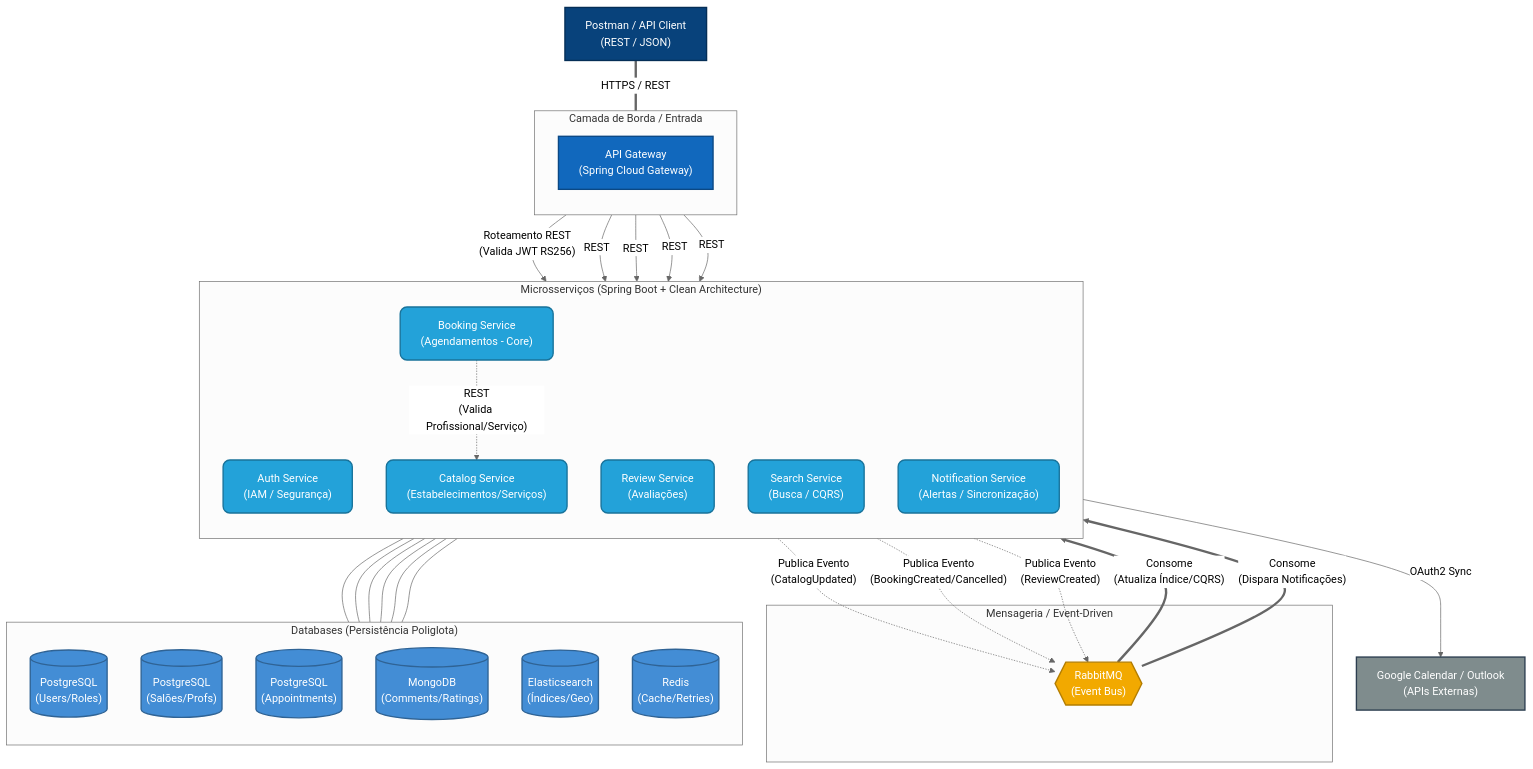
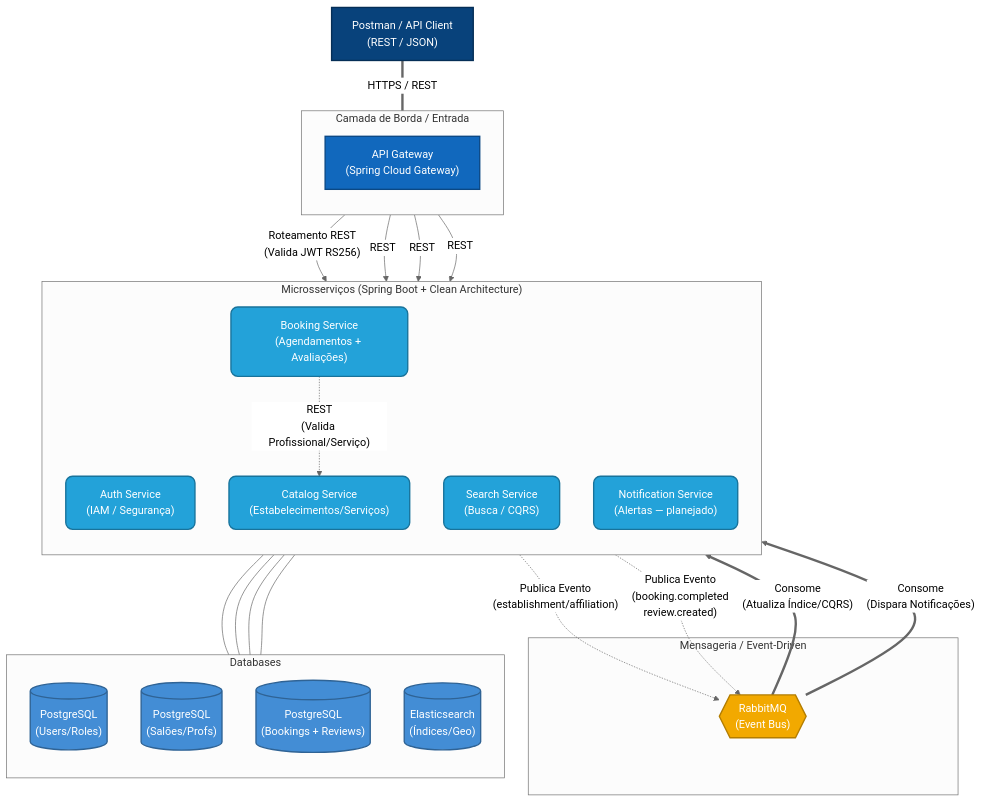
One commit to gustavoleite/booking-hub changed the diagram in README.md. Above: the diagram before and after it, drawn with Mermaid (neutral theme). The commit also changed other lines of this file and 102 other files, not shown here.

Commit message:
refactor: move review logic to booking service

````diff
--- a/README.md
+++ b/README.md
@@ -26,74 +26,63 @@
 ```mermaid
 flowchart TB
     %% Estilos visuais
     classDef user fill:#08427b,stroke:#052e56,color:#fff,stroke-width:2px
     classDef gateway fill:#1168bd,stroke:#0b4884,color:#fff,stroke-width:2px
     classDef service fill:#23a2d9,stroke:#18739b,color:#fff,stroke-width:2px,rx:10,ry:10
     classDef db fill:#438dd5,stroke:#2f6395,color:#fff,stroke-width:2px
     classDef broker fill:#f2a900,stroke:#b37d00,color:#fff,stroke-width:2px
     classDef external fill:#7f8c8d,stroke:#2c3e50,color:#fff,stroke-width:2px
 
     %% Atores
     Client["Postman / API Client\n(REST / JSON)"]:::user
 
     %% Camada de Borda
     subgraph Edge["Camada de Borda / Entrada"]
         direction TB
         GW["API Gateway\n(Spring Cloud Gateway)"]:::gateway
     end
 
     %% Barramento de Eventos
     subgraph EventBus["Mensageria / Event-Driven"]
         RabbitMQ{{"RabbitMQ\n(Event Bus)"}}:::broker
     end
 
     %% Microsserviços
     subgraph Services ["Microsserviços (Spring Boot + Clean Architecture)"]
         direction TB
         Auth["Auth Service\n(IAM / Segurança)"]:::service
         Catalog["Catalog Service\n(Estabelecimentos/Serviços)"]:::service
-        Booking["Booking Service\n(Agendamentos - Core)"]:::service
-        Review["Review Service\n(Avaliações)"]:::service
+        Booking["Booking Service\n(Agendamentos + Avaliações)"]:::service
         Search["Search Service\n(Busca / CQRS)"]:::service
-        Notify["Notification Service\n(Alertas / Sincronização)"]:::service
+        Notify["Notification Service\n(Alertas — planejado)"]:::service
     end
 
     %% Bancos de Dados
-    subgraph Data["Databases (Persistência Poliglota)"]
+    subgraph Data["Databases"]
         direction TB
         DB_Auth[("PostgreSQL\n(Users/Roles)")]:::db
         DB_Catalog[("PostgreSQL\n(Salões/Profs)")]:::db
-        DB_Booking[("PostgreSQL\n(Appointments)")]:::db
-        DB_Review[("MongoDB\n(Comments/Ratings)")]:::db
+        DB_Booking[("PostgreSQL\n(Bookings + Reviews)")]:::db
         DB_Search[("Elasticsearch\n(Índices/Geo)")]:::db
-        DB_Notify[("Redis\n(Cache/Retries)")]:::db
     end
-
-    %% Integrações Externas
-    ExtCal["Google Calendar / Outlook\n(APIs Externas)"]:::external
 
     %% --- CONEXÕES ---
     Client ===|"HTTPS / REST"| GW
     GW -->|"Roteamento REST\n(Valida JWT RS256)"| Auth
     GW -->|"REST"| Catalog
     GW -->|"REST"| Booking
-    GW -->|"REST"| Review
     GW -->|"REST"| Search
 
     Booking -.->|"REST\n(Valida Profissional/Serviço)"| Catalog
 
-    Catalog -.->|"Publica Evento\n(CatalogUpdated)"| RabbitMQ
-    Booking -.->|"Publica Evento\n(BookingCreated/Cancelled)"| RabbitMQ
-    Review -.->|"Publica Evento\n(ReviewCreated)"| RabbitMQ
+    Catalog -.->|"Publica Evento\n(establishment/affiliation)"| RabbitMQ
+    Booking -.->|"Publica Evento\n(booking.completed\nreview.created)"| RabbitMQ
 
     RabbitMQ ==>|"Consome\n(Atualiza Índice/CQRS)"| Search
     RabbitMQ ==>|"Consome\n(Dispara Notificações)"| Notify
 
     Auth --- DB_Auth
     Catalog --- DB_Catalog
     Booking --- DB_Booking
-    Review --- DB_Review
     Search --- DB_Search
-    Notify --- DB_Notify
-    Notify -->|"OAuth2 Sync"| ExtCal
 ```
````
